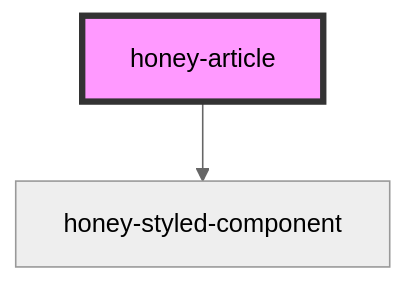
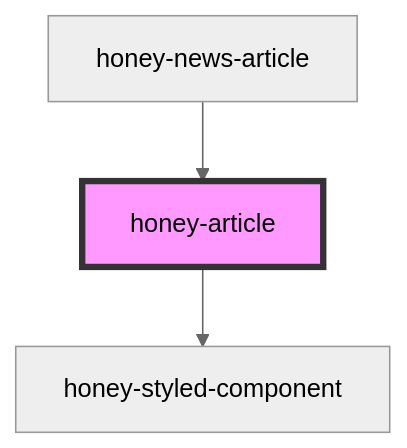
The diagram in src/components/honey-style-lib/honey-article/readme.md (Huluvu424242/honey-news), drawn with Mermaid (neutral theme) before and after one commit. The commit also changed other lines of this file and 18 other files, not shown here.

````diff
--- a/src/components/honey-style-lib/honey-article/readme.md
+++ b/src/components/honey-style-lib/honey-article/readme.md
@@ -15,5 +19,6 @@
 ```mermaid
 graph TD;
   honey-article --> honey-styled-component
+  honey-news-article --> honey-article
   style honey-article fill:#f9f,stroke:#333,stroke-width:4px
 ```
````
